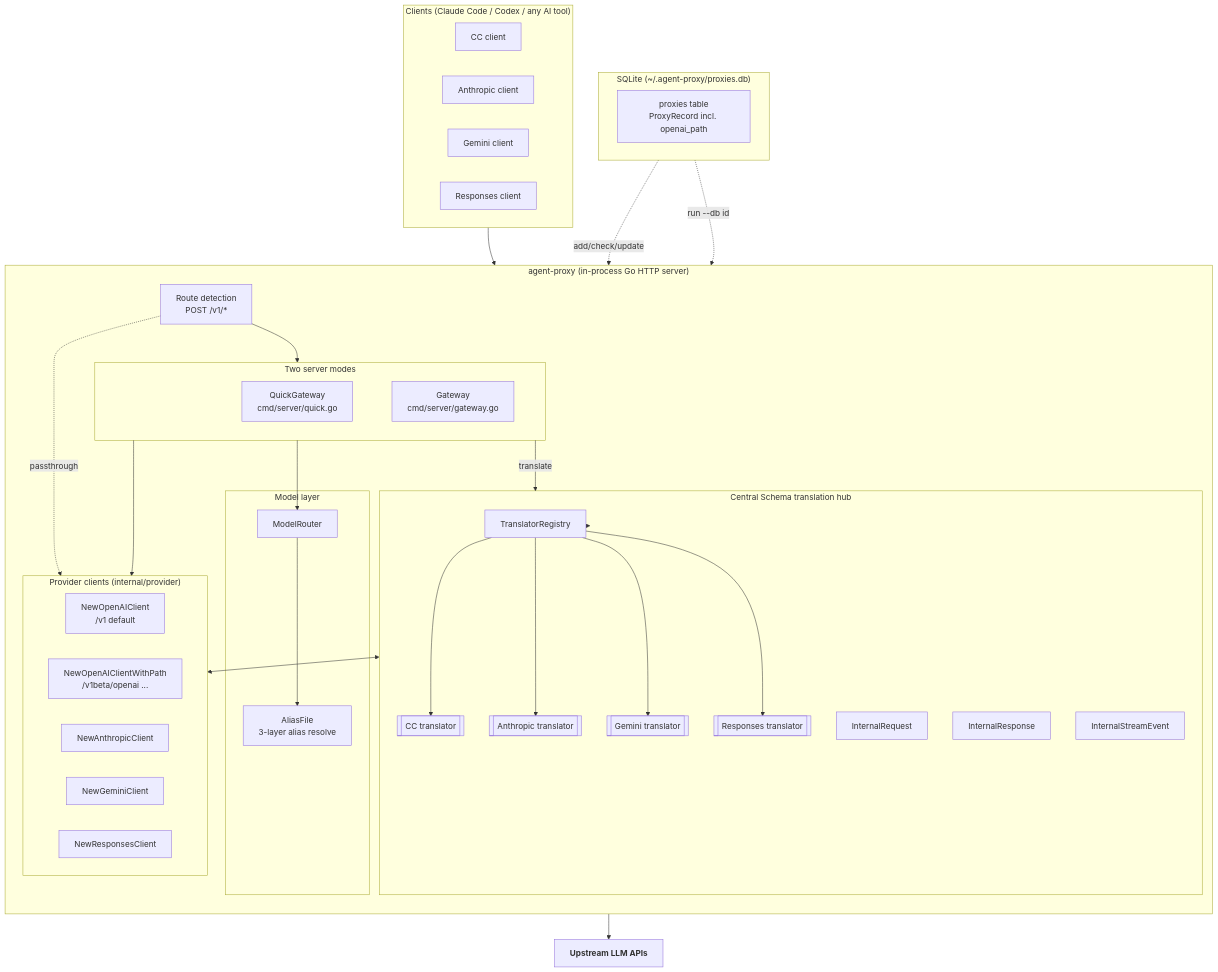
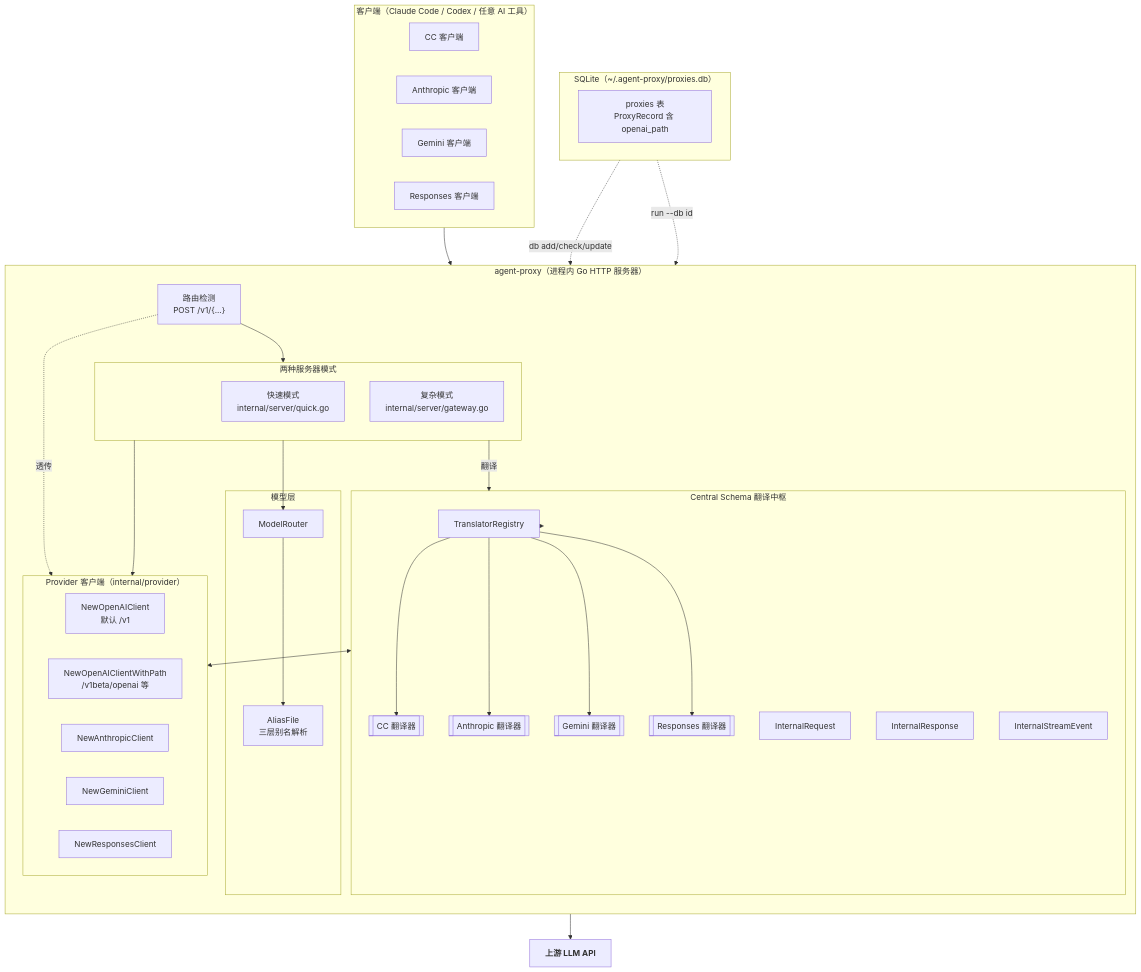
The first of 7 diagrams in docs/ARCHITECTURE.md (yejinlei/agent-proxy), drawn with Mermaid before and after one commit. The commit also changed other lines of this file and 5 other files, not shown here.

Commit message:
docs: fix mermaid quote escaping in 4 Chinese docs + interactive HTML zh

````diff
--- a/docs/ARCHITECTURE.md
+++ b/docs/ARCHITECTURE.md
@@ -17,64 +17,64 @@
 ```mermaid
 flowchart TB
-    subgraph CLIENT["Clients (Claude Code / Codex / any AI tool)"]
-        C1[CC client]
-        C2[Anthropic client]
-        C3[Gemini client]
-        C4[Responses client]
+    subgraph CLIENT["客户端（Claude Code / Codex / 任意 AI 工具）"]
+        C1[CC 客户端]
+        C2[Anthropic 客户端]
+        C3[Gemini 客户端]
+        C4[Responses 客户端]
     end
 
-    subgraph PROXY["agent-proxy (in-process Go HTTP server)"]
+    subgraph PROXY["agent-proxy（进程内 Go HTTP 服务器）"]
         direction TB
-        ROUTE[Route detection<br/>POST /v1/*]
+        ROUTE["路由检测<br/>POST /v1/{...}"]
 
-        subgraph MODES["Two server modes"]
-            QUICK[QuickGateway<br/>cmd/server/quick.go]
-            GW[Gateway<br/>cmd/server/gateway.go]
+        subgraph MODES["两种服务器模式"]
+            QUICK[快速模式<br/>internal/server/quick.go]
+            GW[复杂模式<br/>internal/server/gateway.go]
         end
 
-        subgraph TRANSLATION["Central Schema translation hub"]
+        subgraph TRANSLATION["Central Schema 翻译中枢"]
             REG[TranslatorRegistry]
-            CC[[CC translator]]
-            AN[[Anthropic translator]]
-            GM[[Gemini translator]]
-            RS[[Responses translator]]
+            CC[[CC 翻译器]]
+            AN[[Anthropic 翻译器]]
+            GM[[Gemini 翻译器]]
+            RS[[Responses 翻译器]]
 
             IREQ[InternalRequest]
             IRESP[InternalResponse]
             ISEV[InternalStreamEvent]
         end
 
-        subgraph MODELING["Model layer"]
-            ALIAS[AliasFile<br/>3-layer alias resolve]
+        subgraph MODELING["模型层"]
+            ALIAS[AliasFile<br/>三层别名解析]
             ROUTER[ModelRouter]
         end
 
-        subgraph PROVIDERS["Provider clients (internal/provider)"]
-            P_CC[NewOpenAIClient<br/>/v1 default]
-            P_CCX[NewOpenAIClientWithPath<br/>/v1beta/openai ...]
+        subgraph PROVIDERS["Provider 客户端（internal/provider）"]
+            P_CC["NewOpenAIClient<br/>默认 /v1"]
+            P_CCX["NewOpenAIClientWithPath<br/>/v1beta/openai 等"]
             P_AN[NewAnthropicClient]
             P_GM[NewGeminiClient]
             P_RS[NewResponsesClient]
         end
     end
 
-    subgraph DB["SQLite (~/.agent-proxy/proxies.db)"]
-        TBL[proxies table<br/>ProxyRecord incl. openai_path]
+    subgraph DB["SQLite（~/.agent-proxy/proxies.db）"]
+        TBL["proxies 表<br/>ProxyRecord 含 openai_path"]
     end
 
     CLIENT --> ROUTE
     ROUTE --> MODES
     MODES --> ROUTER
     ROUTER --> ALIAS
     MODES --> PROVIDERS
-    PROVIDERS --> EXT[<b>Upstream LLM APIs</b>]
+    PROVIDERS --> EXT["<b>上游 LLM API</b>"]
 
-    ROUTE -. passthrough .-> PROVIDERS
-    MODES -- translate --> TRANSLATION
+    ROUTE -. 透传 .-> PROVIDERS
+    MODES -- 翻译 --> TRANSLATION
     TRANSLATION --> REG
     REG --> CC & AN & GM & RS
     TRANSLATION <--> PROVIDERS
 
-    DB -. add/check/update .-> ROUTE
+    DB -. db add/check/update .-> ROUTE
     DB -. run --db id .-> QUICK
 ```
````
